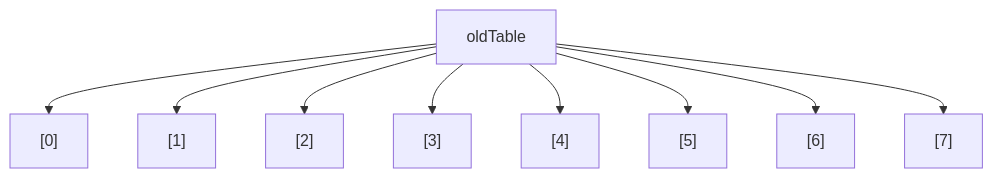
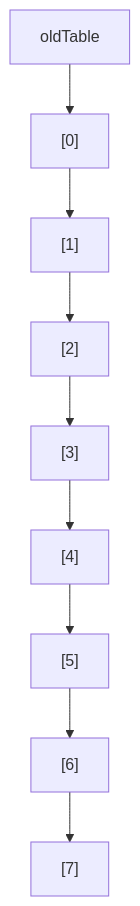
Diagram 22 of 26 in source/_posts/concurrency/22-ConcurrentHashMap 为什么能支持高并发访问.md (rebibabo/rebibabo.github.io), drawn with Mermaid before and after one commit. The commit also changed other lines of this file and 3 other files, not shown here.

````diff
--- a/source/_posts/concurrency/22-ConcurrentHashMap 为什么能支持高并发访问.md
+++ b/source/_posts/concurrency/22-ConcurrentHashMap 为什么能支持高并发访问.md
@@ -333,12 +333,12 @@
 ```mermaid
 graph TD
     oldTable["oldTable"]
     oldTable --> slot0["[0]"]
-    oldTable --> slot1["[1]"]
-    oldTable --> slot2["[2]"]
-    oldTable --> slot3["[3]"]
-    oldTable --> slot4["[4]"]
-    oldTable --> slot5["[5]"]
-    oldTable --> slot6["[6]"]
-    oldTable --> slot7["[7]"]
+    slot0 --> slot1["[1]"]
+    slot1 --> slot2["[2]"]
+    slot2 --> slot3["[3]"]
+    slot3 --> slot4["[4]"]
+    slot4 --> slot5["[5]"]
+    slot5 --> slot6["[6]"]
+    slot6 --> slot7["[7]"]
 ```
````
